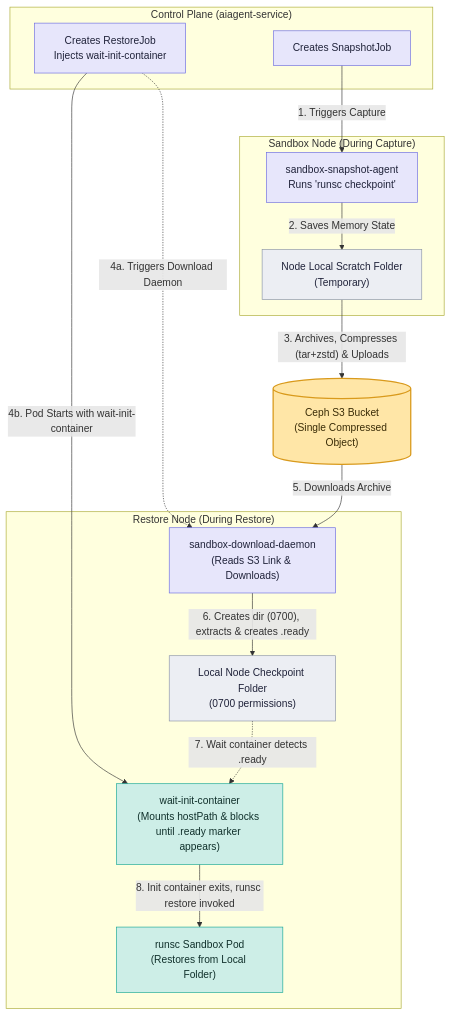
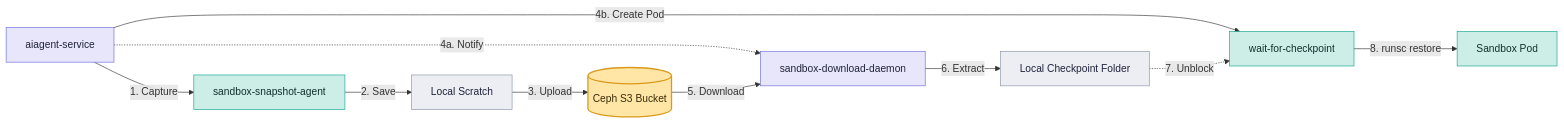
The first of 6 diagrams in README.md (chandini1727/plant_disease_app), drawn with Mermaid before and after one commit. The commit also changed other lines of this file, not shown here.

````diff
--- a/README.md
+++ b/README.md
@@ -33,39 +33,20 @@
 ```mermaid
-flowchart TD
-    subgraph ControlPlane["Control Plane (aiagent-service)"]
-        CP_CAP["Creates SnapshotJob"]:::cp
-        CP_REST["Creates RestoreJob<br/>Injects wait-init-container"]:::cp
-    end
-
-    subgraph SandboxNode["Sandbox Node (During Capture)"]
-        CA["sandbox-snapshot-agent<br/>Runs 'runsc checkpoint'"]:::cp
-        SCRATCH["Node Local Scratch Folder<br/>(Temporary)"]:::store
-    end
-
-    S3[("Ceph S3 Bucket<br/>(Single Compressed Object)")]:::star
-
-    subgraph RestoreNode["Restore Node (During Restore)"]
-        DD["sandbox-download-daemon<br/>(Reads S3 Link & Downloads)"]:::cp
-        LOCAL["Local Node Checkpoint Folder<br/>(0700 permissions)"]:::store
-        WAIT["wait-init-container<br/>(Mounts hostPath & blocks until .ready marker appears)"]:::dp
-        RUN["runsc Sandbox Pod<br/>(Restores from Local Folder)"]:::dp
-    end
-
-    CP_CAP -->|"1. Triggers Capture"| CA
-    CA -->|"2. Saves Memory State"| SCRATCH
-    SCRATCH -->|"3. Archives, Compresses (tar+zstd) & Uploads"| S3
+flowchart LR
+    CP["aiagent-service"]:::cp -->|"1. Capture"| CA["sandbox-snapshot-agent"]:::dp
+    CA -->|"2. Save"| SCRATCH["Local Scratch"]:::store
+    SCRATCH -->|"3. Upload"| S3[("Ceph S3 Bucket")]:::star
     
-    CP_REST -.->|"4a. Triggers Download Daemon"| DD
-    CP_REST -->|"4b. Pod Starts with wait-init-container"| WAIT
+    CP -.->|"4a. Notify"| DD["sandbox-download-daemon"]:::cp
+    CP -->|"4b. Create Pod"| WAIT["wait-for-checkpoint"]:::dp
     
-    S3 -->|"5. Downloads Archive"| DD
-    DD -->|"6. Creates dir (0700), extracts & creates .ready"| LOCAL
+    S3 -->|"5. Download"| DD
+    DD -->|"6. Extract"| LOCAL["Local Checkpoint Folder"]:::store
     
-    LOCAL -.->|"7. Wait container detects .ready"| WAIT
-    WAIT -->|"8. Init container exits, runsc restore invoked"| RUN
+    LOCAL -.->|"7. Unblock"| WAIT
+    WAIT -->|"8. runsc restore"| RUN["Sandbox Pod"]:::dp
 
     classDef cp fill:#e7e6fb,stroke:#6b6be0,color:#20233a
     classDef dp fill:#cdeee7,stroke:#12a594,color:#10302b
     classDef store fill:#eceef3,stroke:#8a93a6,color:#20233a
     classDef star fill:#ffe6a7,stroke:#d99a1c,stroke-width:2px,color:#3a2c07
 ```
````
